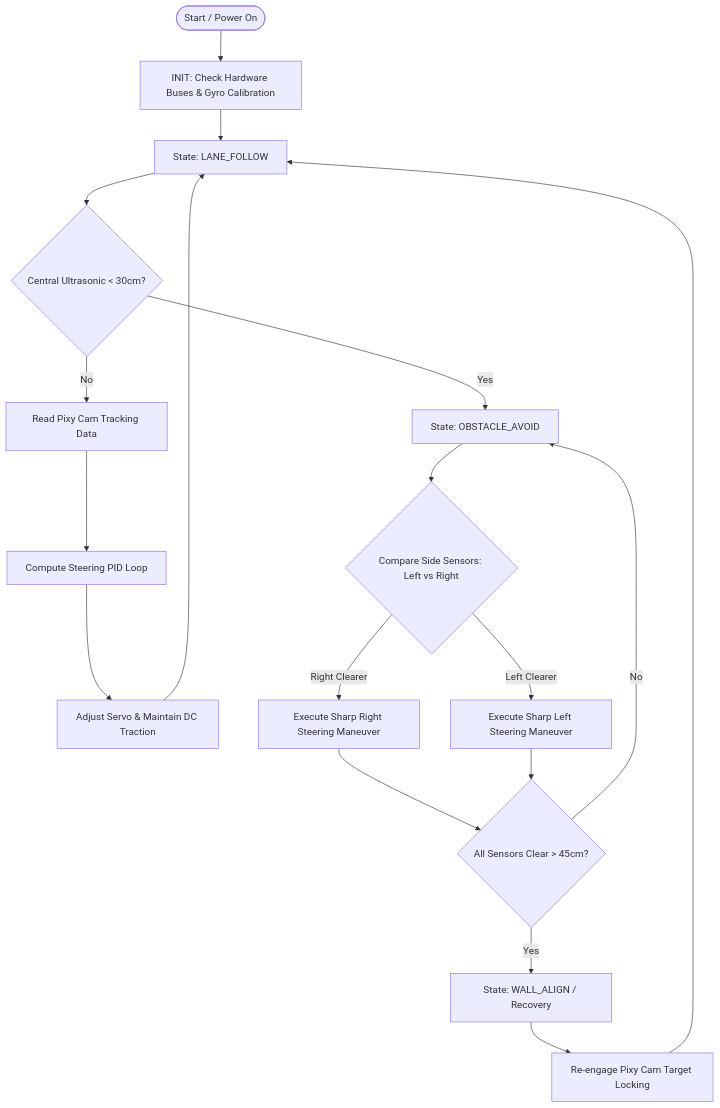
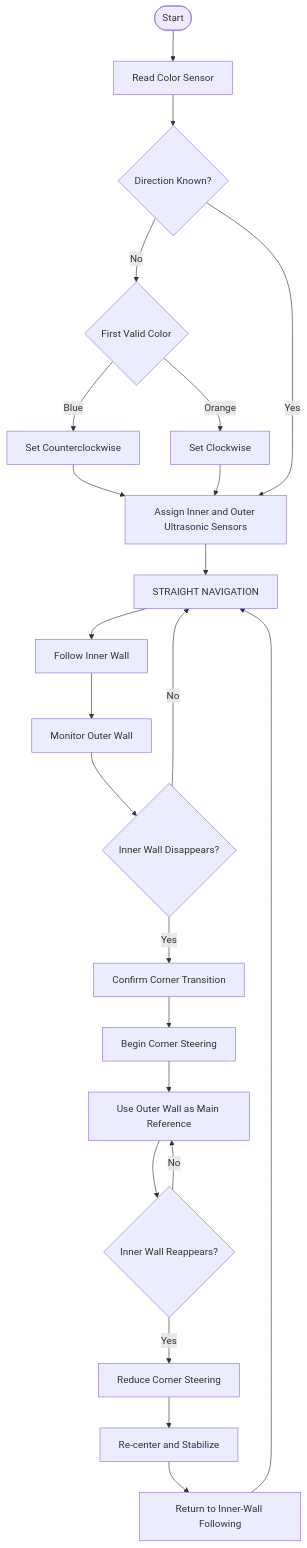
Before and after one commit to Piolintech123/WRO2026-FE-PiolinTech: the diagram in docs/hardware/01_POverview.md, drawn with Mermaid. The commit also changed other lines of this file, not shown here.

````diff
--- a/docs/hardware/01_POverview.md
+++ b/docs/hardware/01_POverview.md
@@ -54,24 +252,43 @@
 ```mermaid
-graph TD
-    A([Start / Power On]) --> B[INIT: Check Hardware Buses & Gyro Calibration]
-    B --> C[State: LANE_FOLLOW]
-    C --> D{Central Ultrasonic < 30cm?}
-    
-    D -- No --> E[Read Pixy Cam Tracking Data]
-    E --> F[Compute Steering PID Loop]
-    F --> G[Adjust Servo & Maintain DC Traction]
-    G --> C
-    
-    D -- Yes --> H[State: OBSTACLE_AVOID]
-    H --> I{Compare Side Sensors: Left vs Right}
-    I -- Right Clearer --> J[Execute Sharp Right Steering Maneuver]
-    I -- Left Clearer --> K[Execute Sharp Left Steering Maneuver]
-    
-    J --> L{All Sensors Clear > 45cm?}
-    K --> L
-    
-    L -- No --> H
-    L -- Yes --> M[State: WALL_ALIGN / Recovery]
-    M --> N[Re-engage Pixy Cam Target Locking]
-    N --> C
+flowchart TD
+
+    A([Start]) --> B[Read Color Sensor]
+
+    B --> C{Direction Known?}
+
+    C -- No --> D{First Valid Color}
+    D -- Blue --> E[Set Counterclockwise]
+    D -- Orange --> F[Set Clockwise]
+
+    E --> G[Assign Inner and Outer Ultrasonic Sensors]
+    F --> G
+
+    C -- Yes --> G
+
+    G --> H[STRAIGHT NAVIGATION]
+
+    H --> I[Follow Inner Wall]
+    I --> J[Monitor Outer Wall]
+
+    J --> K{Inner Wall Disappears?}
+
+    K -- No --> H
+
+    K -- Yes --> L[Confirm Corner Transition]
+
+    L --> M[Begin Corner Steering]
+
+    M --> N[Use Outer Wall as Main Reference]
+
+    N --> O{Inner Wall Reappears?}
+
+    O -- No --> N
+
+    O -- Yes --> P[Reduce Corner Steering]
+
+    P --> Q[Re-center and Stabilize]
+
+    Q --> R[Return to Inner-Wall Following]
+
+    R --> H
 ```
````
